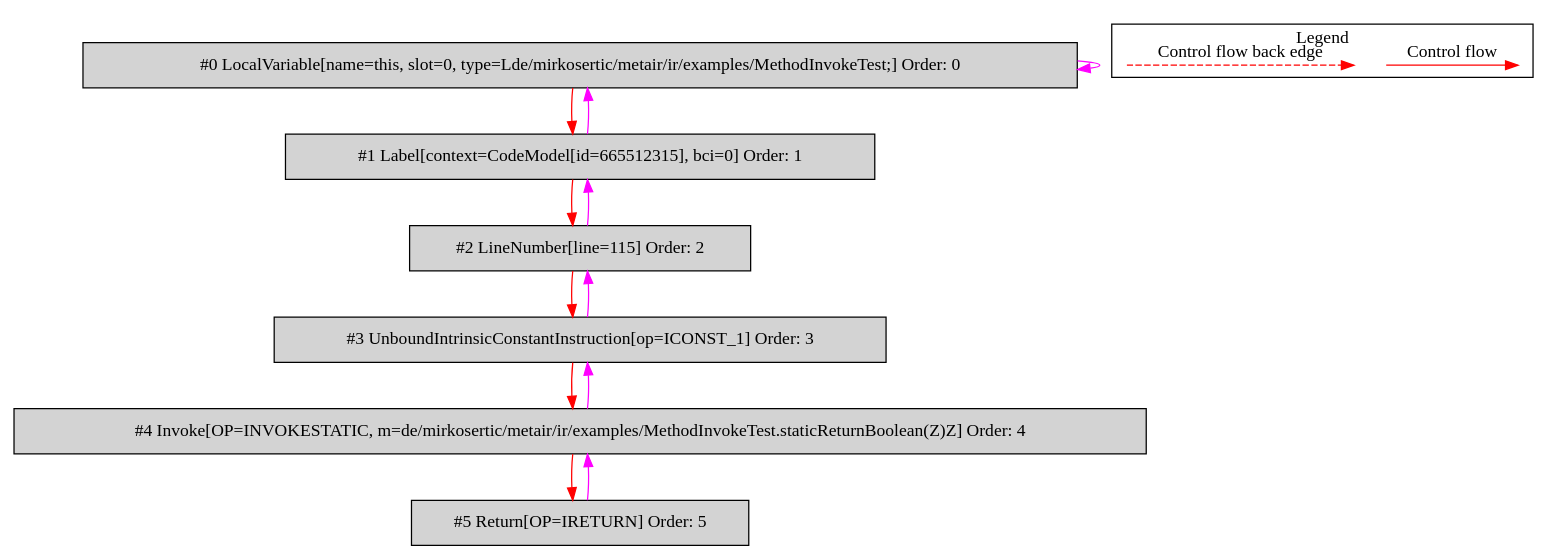
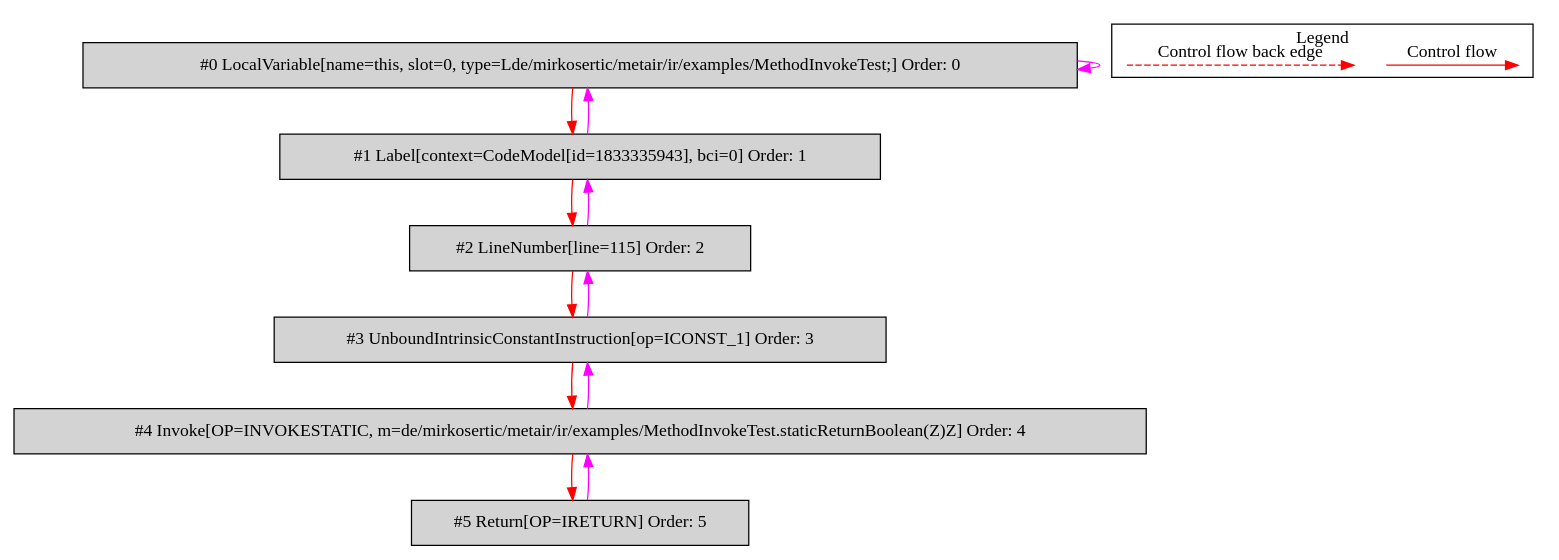
One commit to mirkosertic/MetaIR changed the diagram in de.mirkosertic.metair.ir.examples.MethodInvokeTest/returnBoolean/bytecodecfg.dot. Above: the diagram before and after it, drawn with Graphviz. The commit also changed 433 other files, not shown here.

```diff
--- a/de.mirkosertic.metair.ir.examples.MethodInvokeTest/returnBoolean/bytecodecfg.dot
+++ b/de.mirkosertic.metair.ir.examples.MethodInvokeTest/returnBoolean/bytecodecfg.dot
@@ -1,34 +1,34 @@
 digraph {
  ordering="in";
  node0[label="#0 LocalVariable[name=this, slot=0, type=Lde/mirkosertic/metair/ir/examples/MethodInvokeTest;] Order: 0", shape=box, fillcolor=lightgrey, style=filled];
- node1[label="#1 Label[context=CodeModel[id=665512315], bci=0] Order: 1", shape=box, fillcolor=lightgrey, style=filled];
+ node1[label="#1 Label[context=CodeModel[id=1833335943], bci=0] Order: 1", shape=box, fillcolor=lightgrey, style=filled];
  node2[label="#2 LineNumber[line=115] Order: 2", shape=box, fillcolor=lightgrey, style=filled];
  node3[label="#3 UnboundIntrinsicConstantInstruction[op=ICONST_1] Order: 3", shape=box, fillcolor=lightgrey, style=filled];
  node4[label="#4 Invoke[OP=INVOKESTATIC, m=de/mirkosertic/metair/ir/examples/MethodInvokeTest.staticReturnBoolean(Z)Z] Order: 4", shape=box, fillcolor=lightgrey, style=filled];
  node5[label="#5 Return[OP=IRETURN] Order: 5", shape=box, fillcolor=lightgrey, style=filled];
  node0 -> node0[color=fuchsia];
  node0 -> node1[color=red];
  node1 -> node0[color=fuchsia];
  node1 -> node2[color=red];
  node2 -> node1[color=fuchsia];
  node2 -> node3[color=red];
  node3 -> node2[color=fuchsia];
  node3 -> node4[color=red];
  node4 -> node3[color=fuchsia];
  node4 -> node5[color=red];
  node5 -> node4[color=fuchsia];
  subgraph cluster_000 {
   label = "Legend";
   node [shape=point]
   {
    rank=same;
    c0 [style = invis];
    c1 [style = invis];
    c2 [style = invis];
    c3 [style = invis];
   }
   c0 -> c1 [label="Control flow", style=solid, color=red]
   c2 -> c3 [label="Control flow back edge", style=dashed, color=red]
  }
 
 }
```
